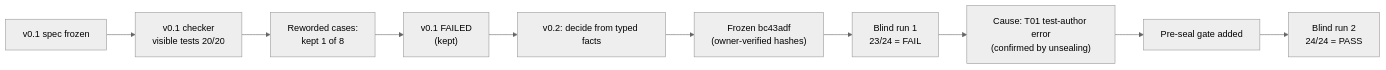
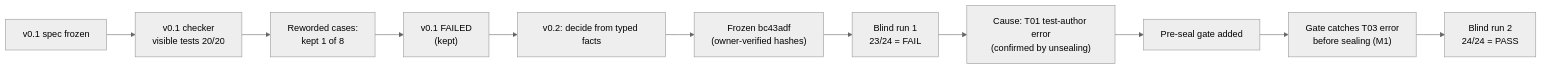
One commit to holland202/veritas-origin changed the second of 2 diagrams in README.md. Above: the diagram before and after it, drawn with Mermaid (neutral theme). The commit also changed other lines of this file, not shown here.

First line of the commit message:
README: add finding DPC-001-M1 (pre-seal gate caught the run-2 draft error)

````diff
--- a/README.md
+++ b/README.md
@@ -55,12 +55,13 @@
 ```mermaid
 flowchart LR
     S1["v0.1 spec frozen"] --> C1["v0.1 checker<br/>visible tests 20/20"]
     C1 --> P1["Reworded cases:<br/>kept 1 of 8"]
     P1 --> X1["v0.1 FAILED<br/>(kept)"]
     X1 --> S2["v0.2: decide from typed facts"]
     S2 --> F2["Frozen bc43adf<br/>(owner-verified hashes)"]
     F2 --> B1["Blind run 1<br/>23/24 = FAIL"]
     B1 --> RC["Cause: T01 test-author error<br/>(confirmed by unsealing)"]
     RC --> G["Pre-seal gate added"]
-    G --> B2["Blind run 2<br/>24/24 = PASS"]
+    G --> M1["Gate catches T03 error<br/>before sealing (M1)"]
+    M1 --> B2["Blind run 2<br/>24/24 = PASS"]
 ```
````
